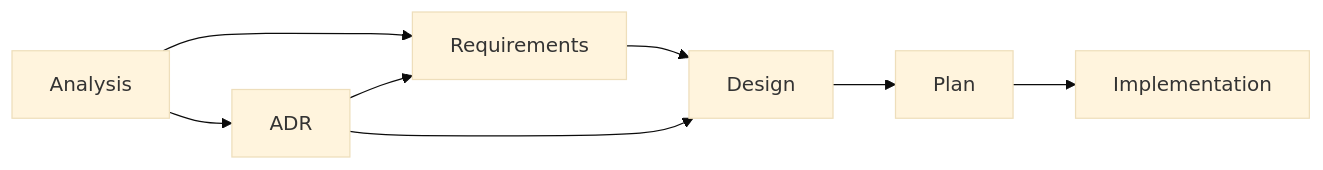
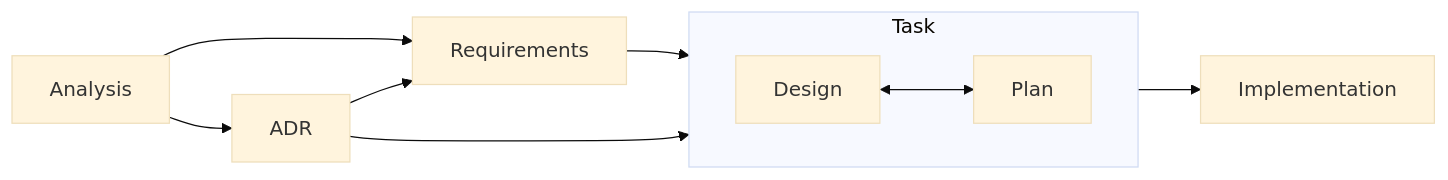
Before and after one commit to kopi-vm/kopi: the diagram in docs/tdl.md, drawn with Mermaid (base theme).

Commit message:
ドキュメントテンプレートのリンクと整合するように図を整理した。

````diff
--- a/docs/tdl.md
+++ b/docs/tdl.md
@@ -24,10 +24,13 @@
 ```mermaid
 graph LR
     A[Analysis] --> R[Requirements]
     A --> ADR[ADR]
     ADR --> R
-    R --> D[Design]
-    ADR --> D
-    D --> P[Plan]
-    P --> I[Implementation]
+    R --> T
+    ADR --> T
+    subgraph T[Task]
+      direction LR
+      D[Design] <--> P[Plan]
+    end
+    T --> I[Implementation]
 ```
````
